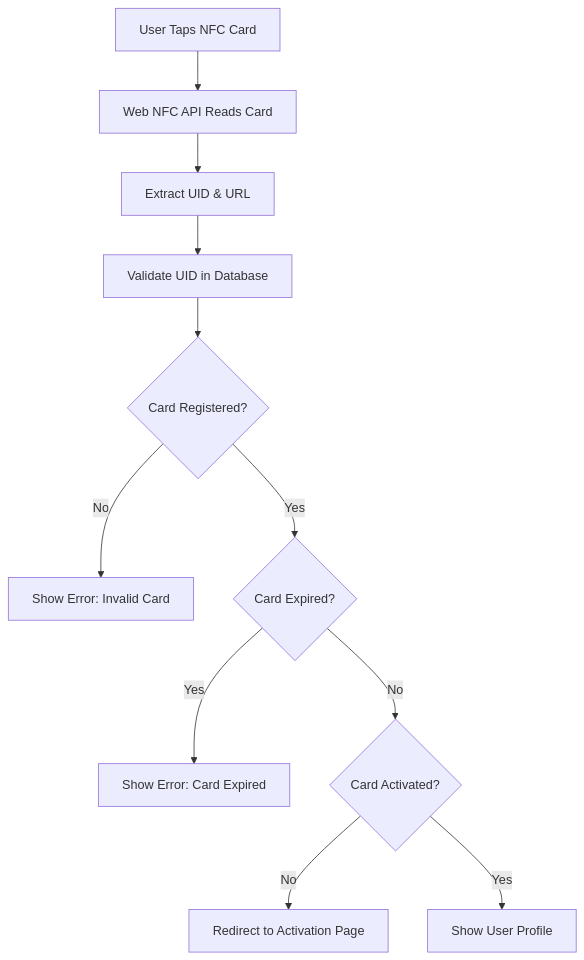
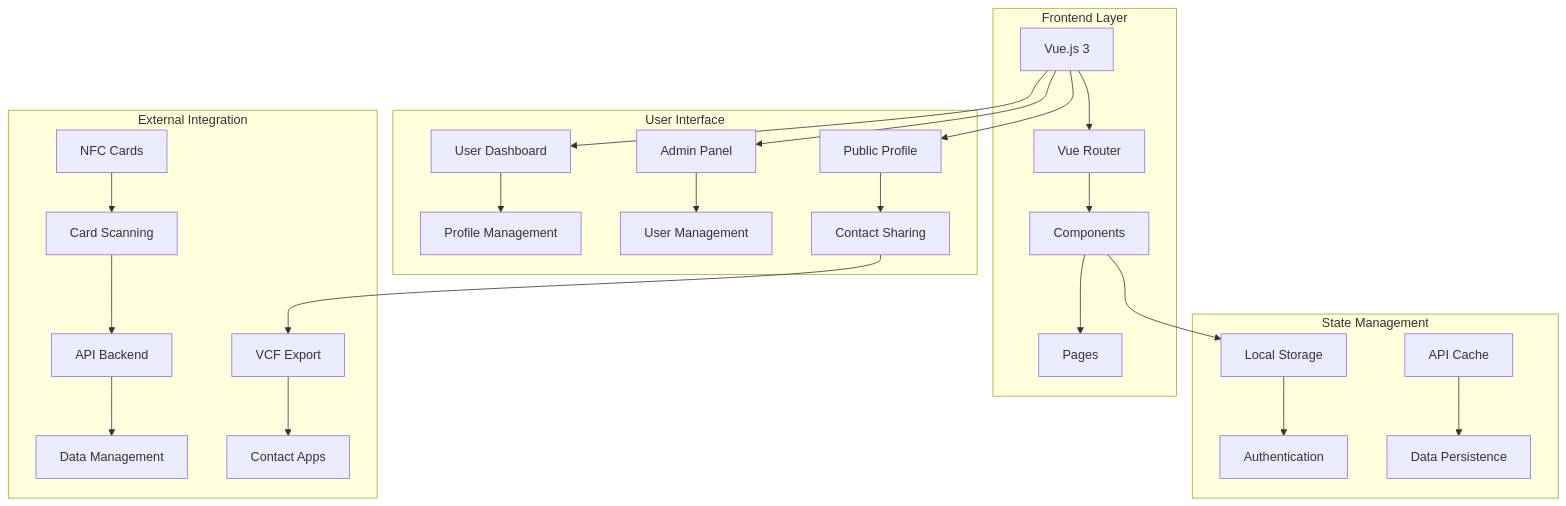
One commit to jrdemadara/gotapmode-frontend changed the diagram in README.md. Above: the diagram before and after it, drawn with Mermaid. The commit also changed other lines of this file and 1 other file, not shown here.

````diff
--- a/README.md
+++ b/README.md
@@ -159,13 +46,32 @@
 ```mermaid
-graph TD
-    A[User Taps NFC Card] --> B[Web NFC API Reads Card]
-    B --> C[Extract UID & URL]
-    C --> D[Validate UID in Database]
-    D --> E{Card Registered?}
-    E -->|No| F[Show Error: Invalid Card]
-    E -->|Yes| G{Card Expired?}
-    G -->|Yes| H[Show Error: Card Expired]
-    G -->|No| I{Card Activated?}
-    I -->|No| J[Redirect to Activation Page]
-    I -->|Yes| K[Show User Profile]
+graph TB
+    subgraph "Frontend Layer"
+        A[Vue.js 3] --> B[Vue Router]
+        B --> C[Components]
+        C --> D[Pages]
+    end
+    
+    subgraph "User Interface"
+        E[User Dashboard] --> F[Profile Management]
+        G[Admin Panel] --> H[User Management]
+        I[Public Profile] --> J[Contact Sharing]
+    end
+    
+    subgraph "External Integration"
+        K[NFC Cards] --> L[Card Scanning]
+        M[API Backend] --> N[Data Management]
+        O[VCF Export] --> P[Contact Apps]
+    end
+    
+    subgraph "State Management"
+        Q[Local Storage] --> R[Authentication]
+        S[API Cache] --> T[Data Persistence]
+    end
+    
+    A --> E
+    A --> G
+    A --> I
+    L --> M
+    J --> O
+    C --> Q
 ```
````
